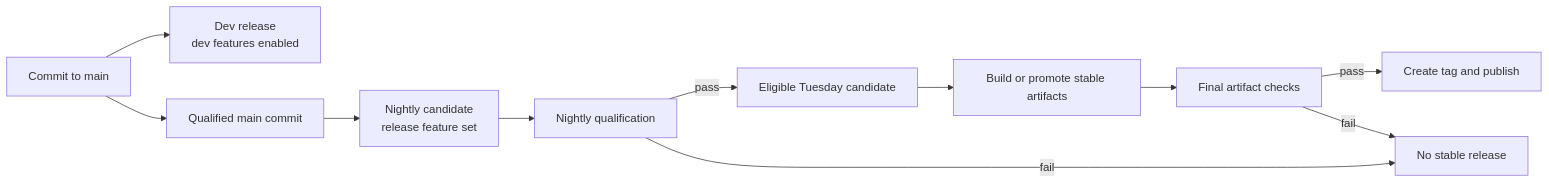
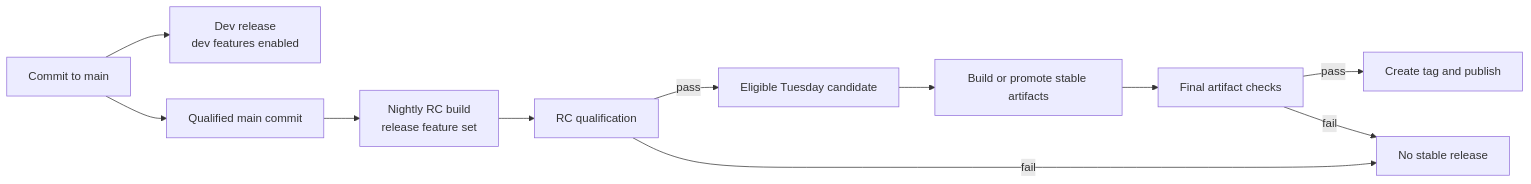
One commit to NVIDIA/OpenShell changed the diagram in rfc/0014-release-stability/README.md. Above: the diagram before and after it, drawn with Mermaid. The commit also changed other lines of this file and 1 other file, not shown here.

Commit message:
docs(rfc): replace nightlies with release candidates

````diff
--- a/rfc/0014-release-stability/README.md
+++ b/rfc/0014-release-stability/README.md
@@ -180,13 +180,13 @@
 ```mermaid
 flowchart LR
     A["Commit to main"] --> B["Dev release<br/>dev features enabled"]
     A --> C["Qualified main commit"]
-    C --> D["Nightly candidate<br/>release feature set"]
-    D --> E["Nightly qualification"]
+    C --> D["Nightly RC build<br/>release feature set"]
+    D --> E["RC qualification"]
     E -->|"pass"| F["Eligible Tuesday candidate"]
     E -->|"fail"| G["No stable release"]
     F --> H["Build or promote stable artifacts"]
     H --> I["Final artifact checks"]
     I -->|"pass"| J["Create tag and publish"]
     I -->|"fail"| G
 ```
````
